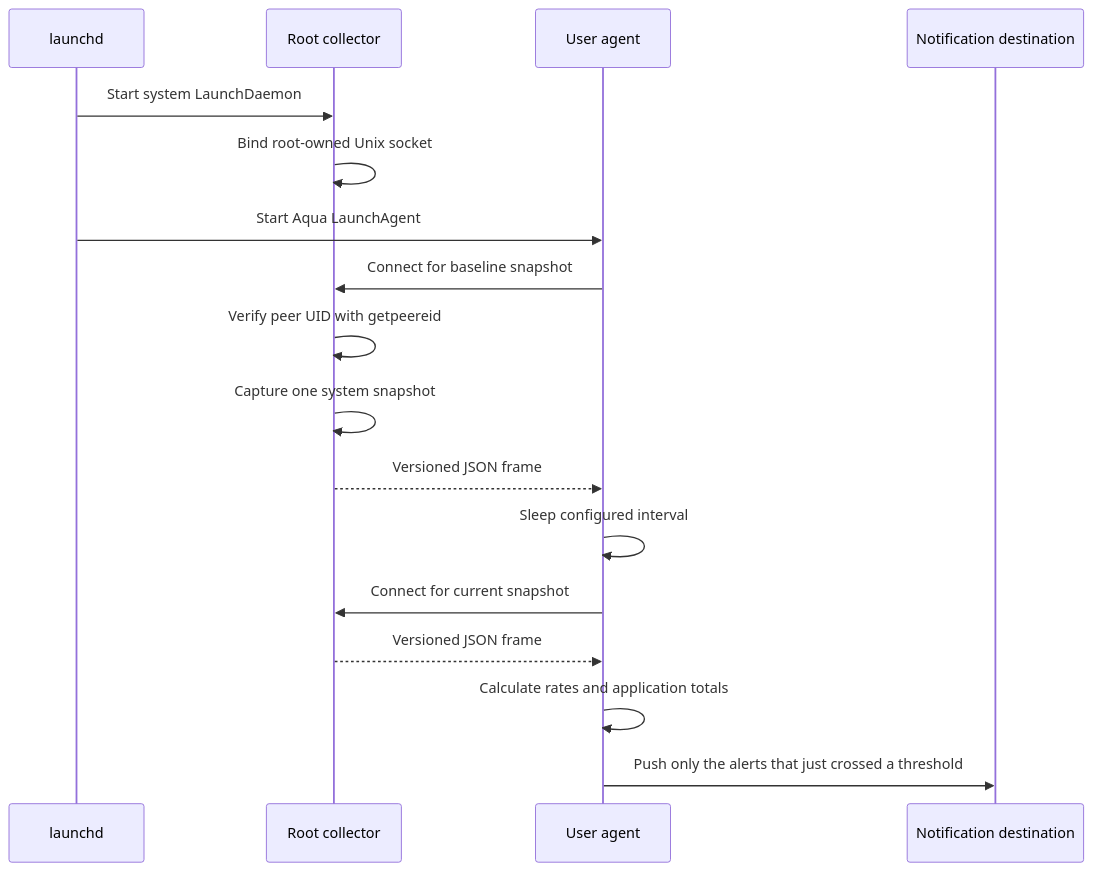
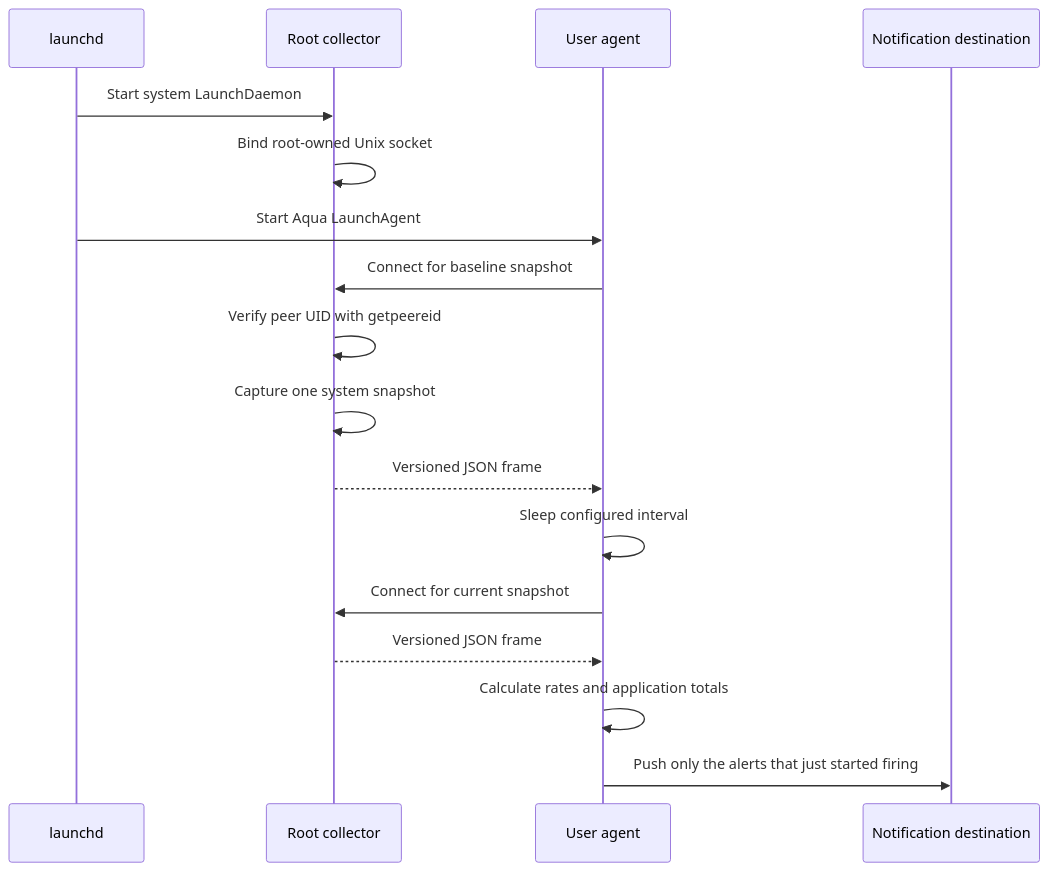
One commit to Heapy/harmon changed the diagram in docs/architecture.md. Above: the diagram before and after it, drawn with Mermaid. The commit also changed other lines of this file and 23 other files, not shown here.

````diff
--- a/docs/architecture.md
+++ b/docs/architecture.md
@@ -109,20 +109,20 @@
 ```mermaid
 sequenceDiagram
     participant L as launchd
     participant C as Root collector
     participant A as User agent
     participant D as Notification destination
 
     L->>C: Start system LaunchDaemon
     C->>C: Bind root-owned Unix socket
     L->>A: Start Aqua LaunchAgent
     A->>C: Connect for baseline snapshot
     C->>C: Verify peer UID with getpeereid
     C->>C: Capture one system snapshot
     C-->>A: Versioned JSON frame
     A->>A: Sleep configured interval
     A->>C: Connect for current snapshot
     C-->>A: Versioned JSON frame
     A->>A: Calculate rates and application totals
-    A->>D: Push only the alerts that just crossed a threshold
+    A->>D: Push only the alerts that just started firing
 ```
````
